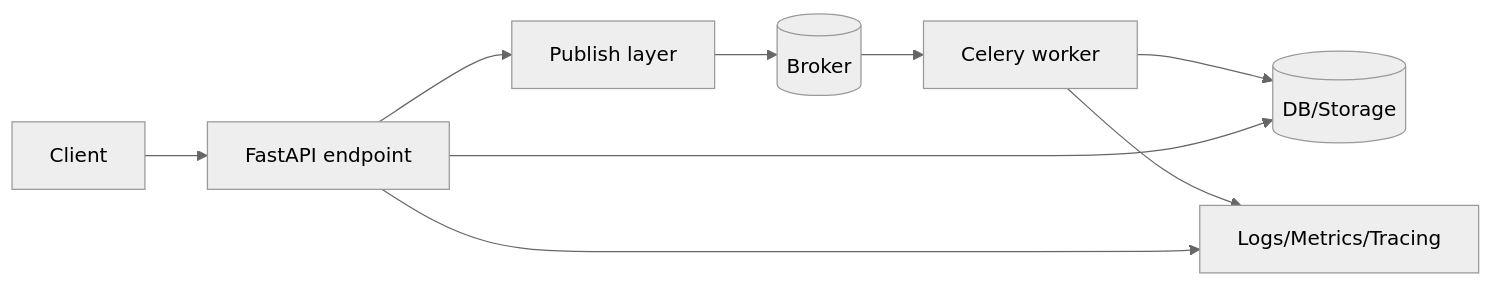
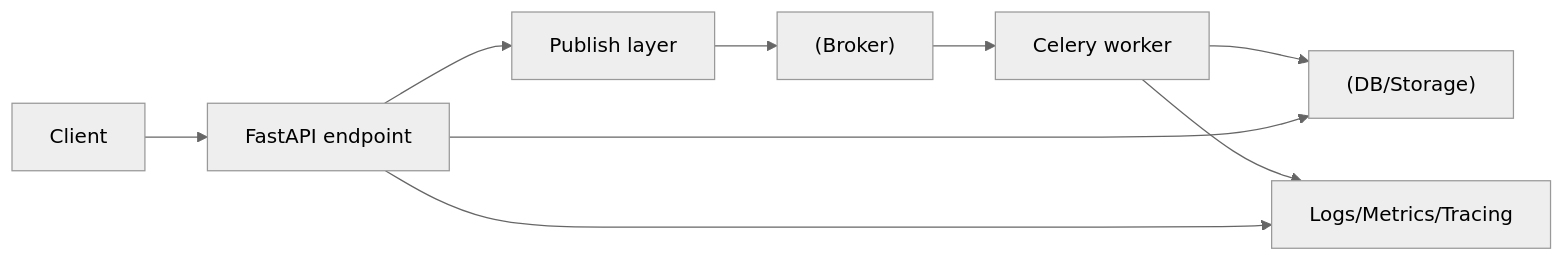
One commit to DDoSKudya/ai-study-atlas changed the second of 3 diagrams in directions/services/celery/pact/19_integraciya_s_fastapi_flask_i_drugimi_python_servisami/10_19_19_1_fastapi_celery.md. Above: the diagram before and after it, drawn with Mermaid (neutral theme). The commit also changed other lines of this file and 322 other files, not shown here.

Commit message:
fix(docs): make mermaid diagrams GitHub-compatible across directions content

````diff
--- a/directions/services/celery/pact/19_integraciya_s_fastapi_flask_i_drugimi_python_servisami/10_19_19_1_fastapi_celery.md
+++ b/directions/services/celery/pact/19_integraciya_s_fastapi_flask_i_drugimi_python_servisami/10_19_19_1_fastapi_celery.md
@@ -69,11 +69,11 @@
 ```mermaid
 flowchart LR
-  C[Client] --> API[FastAPI endpoint]
-  API --> PUB[Publish layer]
-  PUB --> BR[(Broker)]
-  BR --> W[Celery worker]
-  W --> DB[(DB/Storage)]
+  C["Client"] --> API["FastAPI endpoint"]
+  API --> PUB["Publish layer"]
+  PUB --> BR["(Broker)"]
+  BR --> W["Celery worker"]
+  W --> DB["(DB/Storage)"]
   API --> DB
-  W --> OBS[Logs/Metrics/Tracing]
+  W --> OBS["Logs/Metrics/Tracing"]
   API --> OBS
 ```
````
